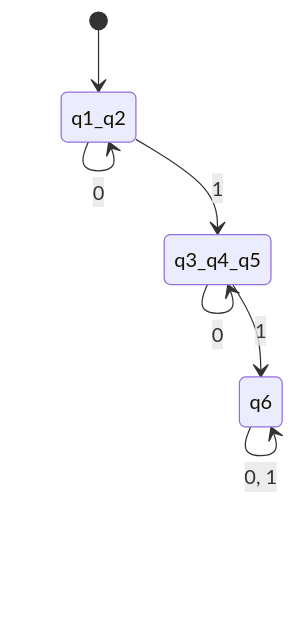
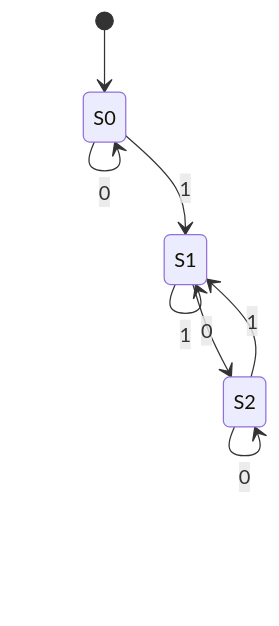
One commit to lelongc/rac changed the fifth of 11 diagrams in iuh/môn/hk1-4/automat/5-6/toi_thieu_hoa_dfa.md. Above: the diagram before and after it, drawn with Mermaid. The commit also changed other lines of this file and 11 other files, not shown here.

````diff
--- a/iuh/môn/hk1-4/automat/5-6/toi_thieu_hoa_dfa.md
+++ b/iuh/môn/hk1-4/automat/5-6/toi_thieu_hoa_dfa.md
@@ -313,9 +401,10 @@
 ```mermaid
 stateDiagram-v2
-    [*] --> q1_q2
-    q1_q2 --> q1_q2: 0
-    q1_q2 --> q3_q4_q5: 1
-    q3_q4_q5 --> q3_q4_q5: 0
-    q3_q4_q5 --> q6: 1
-    q6 --> q6: 0, 1
+    [*] --> S0
+    S0 --> S0: 0
+    S0 --> S1: 1
+    S1 --> S2: 0
+    S1 --> S1: 1
+    S2 --> S2: 0
+    S2 --> S1: 1
 ```
````
